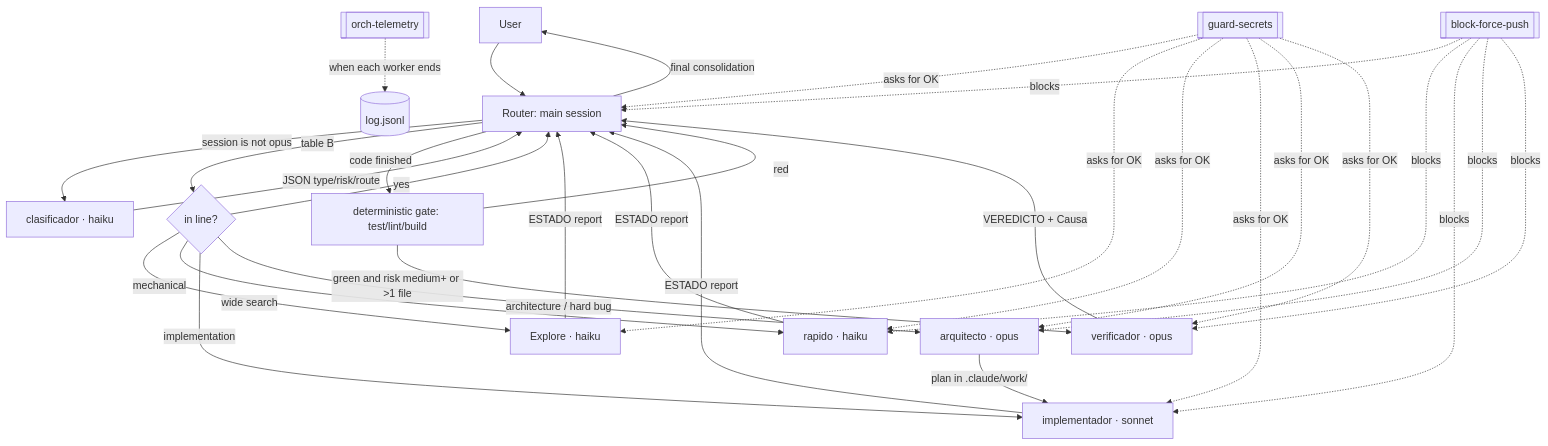
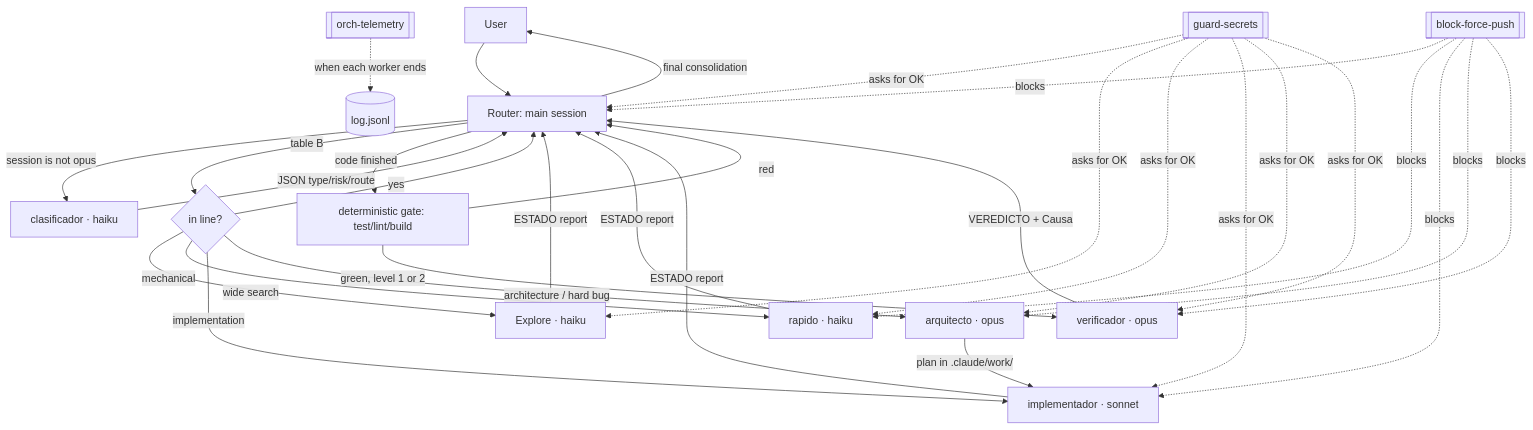
One commit to Turing0x/relevo changed the diagram in README.md. Above: the diagram before and after it, drawn with Mermaid. The commit also changed other lines of this file and 41 other files, not shown here.

````diff
--- a/README.md
+++ b/README.md
@@ -39,22 +39,22 @@
 ```mermaid
 flowchart TD
     U[User] --> R["Router: main session"]
     R -->|"session is not opus"| C["clasificador · haiku"]
     C -->|"JSON type/risk/route"| R
     R -->|"table B"| L{"in line?"}
     L -->|yes| R
     L -->|"wide search"| E["Explore · haiku"]
     L -->|mechanical| RA["rapido · haiku"]
     L -->|implementation| I["implementador · sonnet"]
     L -->|"architecture / hard bug"| A["arquitecto · opus"]
     A -->|"plan in .claude/work/"| I
     E & RA & I -->|"ESTADO report"| R
     R -->|"code finished"| G1["deterministic gate: test/lint/build"]
     G1 -->|red| R
-    G1 -->|"green and risk medium+ or >1 file"| V["verificador · opus"]
+    G1 -->|"green, level 1 or 2"| V["verificador · opus"]
     V -->|"VEREDICTO + Causa"| R
     R -->|"final consolidation"| U
     H1[[block-force-push]] -.blocks.-> R & RA & I & A & V
     H2[[guard-secrets]] -.asks for OK.-> R & E & RA & I & A & V
     H3[[orch-telemetry]] -.when each worker ends.-> LOG[(log.jsonl)]
 ```
````
